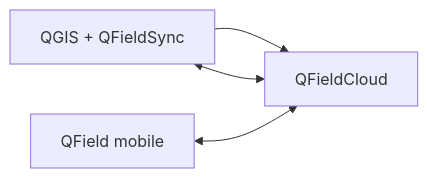
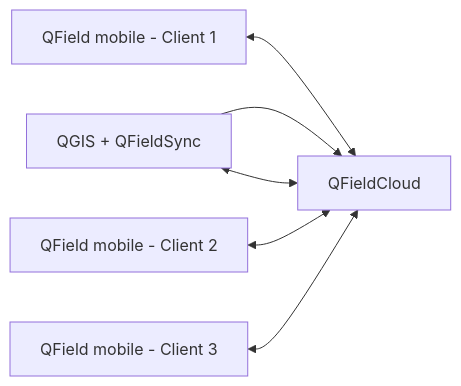
Before and after one commit to iggroup/formation_qgis: the third of 4 diagrams in qfield/leve-et-edition-qfield.qmd, drawn with Mermaid. The commit also changed other lines of this file and 2 other files, not shown here.

````diff
--- a/qfield/leve-et-edition-qfield.qmd
+++ b/qfield/leve-et-edition-qfield.qmd
@@ -103,6 +100,8 @@
 ```{mermaid}
 flowchart LR
 	QGIS[QGIS + QFieldSync] --> CLOUD[QFieldCloud]
-	MOBILE[QField mobile] <--> CLOUD
+	MOBILE1[QField mobile - Client 1] <--> CLOUD
+	MOBILE2[QField mobile - Client 2] <--> CLOUD
+	MOBILE3[QField mobile - Client 3] <--> CLOUD
 	CLOUD <--> QGIS
 ```
````
